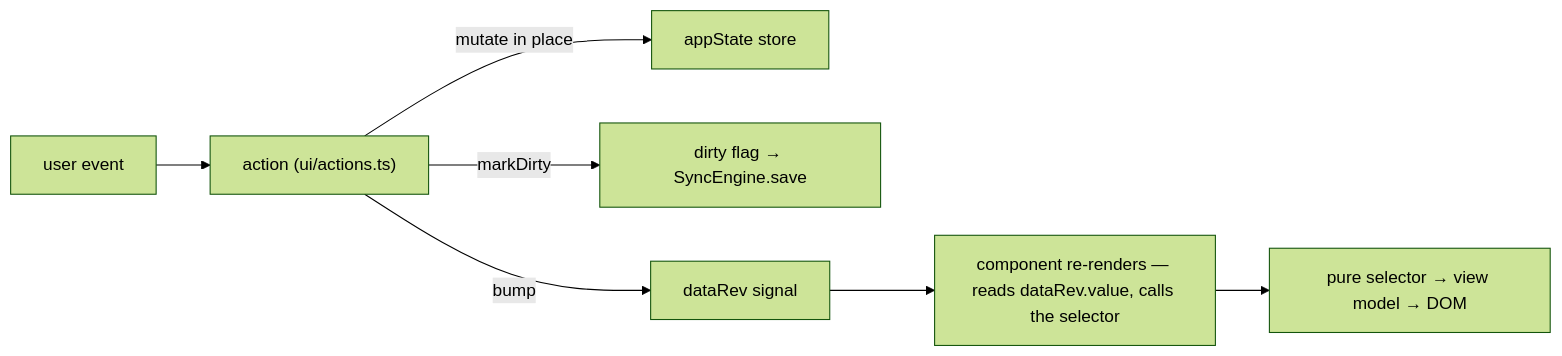
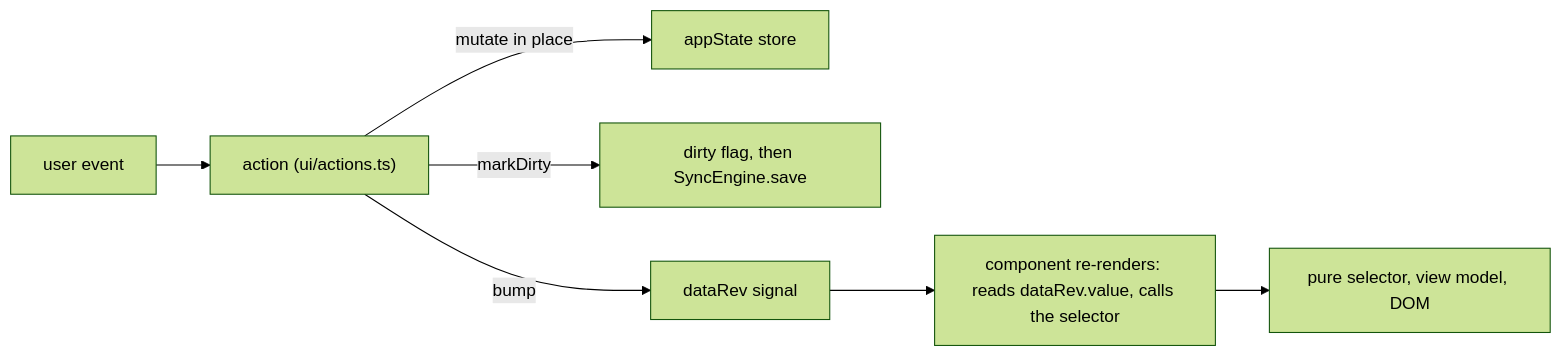
One commit to clz4096/meridian changed the third of 3 diagrams in ARCHITECTURE.md. Above: the diagram before and after it, drawn with Mermaid (forest theme). The commit also changed other lines of this file and 4 other files, not shown here.

````diff
--- a/ARCHITECTURE.md
+++ b/ARCHITECTURE.md
@@ -248,9 +352,9 @@
 ```mermaid
 graph LR
     evt["user event"] --> act["action (ui/actions.ts)"]
     act -->|mutate in place| store["appState store"]
-    act -->|markDirty| dirty["dirty flag → SyncEngine.save"]
+    act -->|markDirty| dirty["dirty flag, then SyncEngine.save"]
     act -->|bump| rev["dataRev signal"]
-    rev --> comp["component re-renders — reads dataRev.value, calls the selector"]
-    comp --> sel["pure selector → view model → DOM"]
+    rev --> comp["component re-renders: reads dataRev.value, calls the selector"]
+    comp --> sel["pure selector, view model, DOM"]
 ```
````
